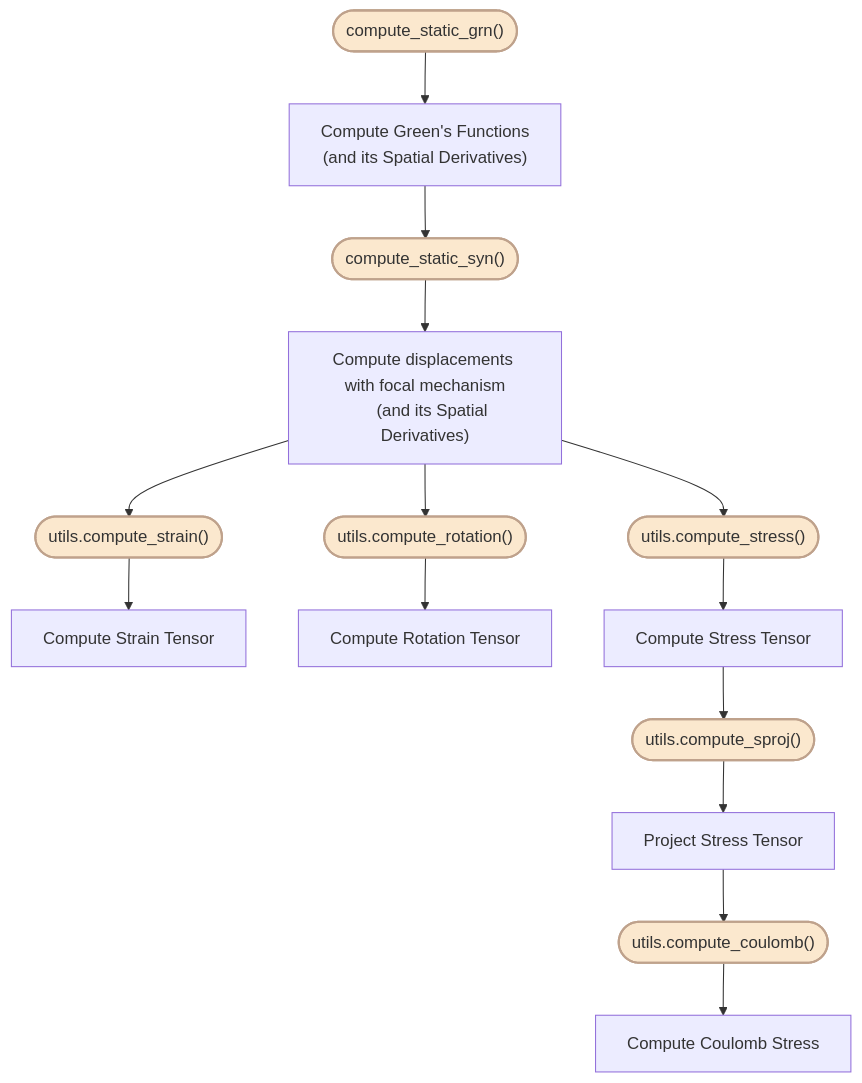
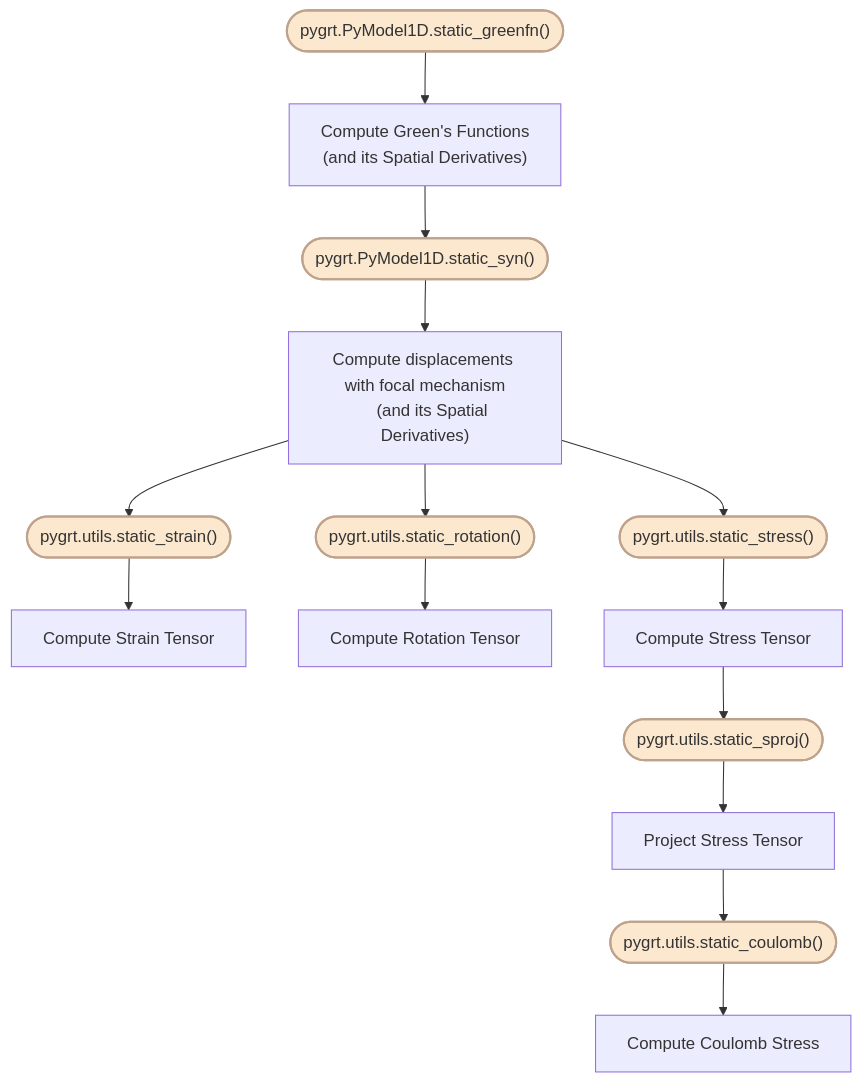
The first of 2 diagrams in docs/source/Tutorial/static/index.rst (Dengda98/PyGRT), drawn with Mermaid before and after one commit. The commit also changed 54 other files, not shown here.

```diff
--- a/docs/source/Tutorial/static/index.rst
+++ b/docs/source/Tutorial/static/index.rst
@@ -11,32 +11,32 @@
 .. mermaid::
 
     flowchart TB 
 
-        GG(["compute_static_grn()"])
-        SS(["compute_static_syn()"])
-        EE(["utils.compute_strain()"])
-        RR(["utils.compute_rotation()"])
-        TT(["utils.compute_stress()"])
-        SP(["utils.compute_sproj()"])
-        CO(["utils.compute_coulomb()"])
+        GG(["pygrt.PyModel1D.static_greenfn()"])
+        SS(["pygrt.PyModel1D.static_syn()"])
+        EE(["pygrt.utils.static_strain()"])
+        RR(["pygrt.utils.static_rotation()"])
+        TT(["pygrt.utils.static_stress()"])
+        SP(["pygrt.utils.static_sproj()"])
+        CO(["pygrt.utils.static_coulomb()"])
 
         G["Compute Green's Functions
         (and its Spatial Derivatives)"]
         S["Compute displacements with focal mechanism
         (and its Spatial Derivatives)"]
         E["Compute Strain Tensor"]
         R["Compute Rotation Tensor"]
         T["Compute Stress Tensor"]
         P["Project Stress Tensor"]
         C["Compute Coulomb Stress"]
 
         GG --> G
         G --> SS --> S
         S --> EE --> E
         S --> RR --> R
         S --> TT --> T
         T --> SP --> P
         P --> CO --> C
         
         classDef cmdcls fill:#FBE8CE,stroke:#BFA28C,stroke-width:2px,color:#333;
         class GG,SS,EE,RR,TT,SP,CO cmdcls
```
